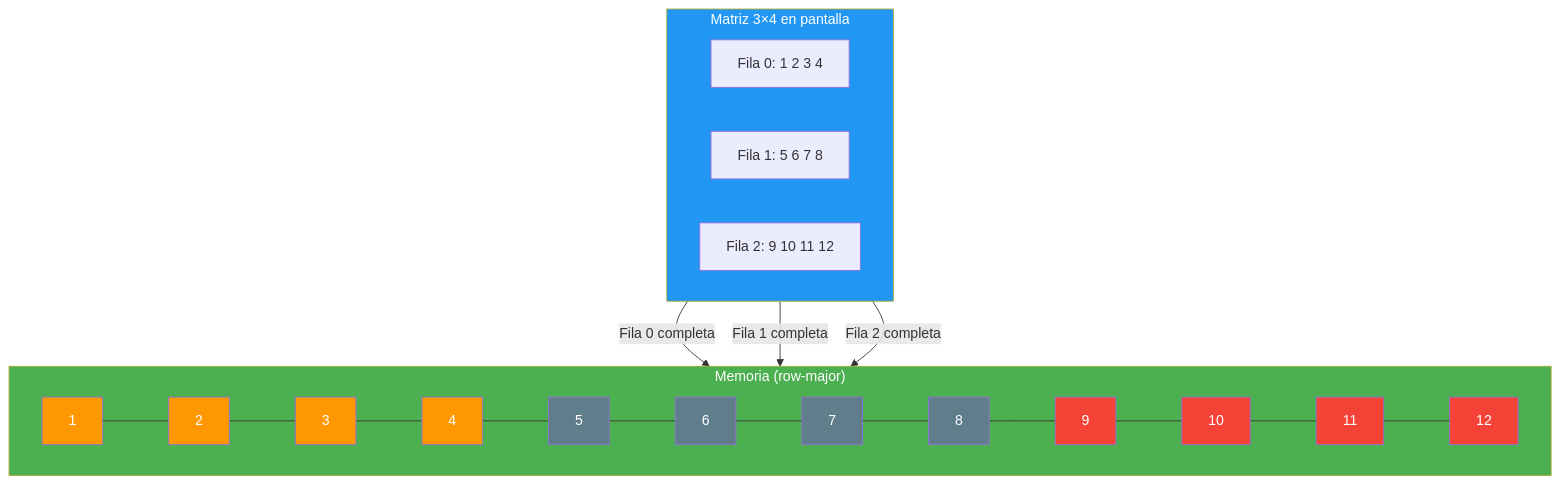
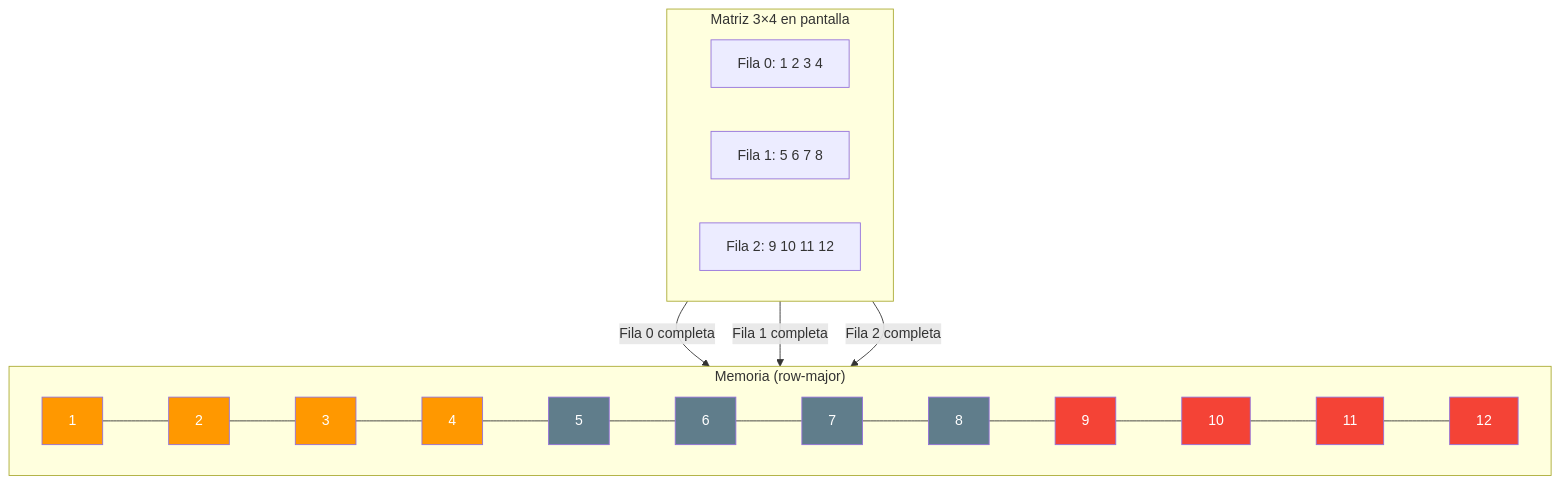
The third of 4 diagrams in 03-arrays-multidimensionales.md (joseluisgs/Programacion-03-2026-2027), drawn with Mermaid before and after one commit. The commit also changed other lines of this file and 2 other files, not shown here.

First line of the commit message:
docs: elimina los style de los subgraf de los diagramas Mermaid

````diff
--- a/03-arrays-multidimensionales.md
+++ b/03-arrays-multidimensionales.md
@@ -381,30 +379,28 @@
 ```mermaid
 graph TB
     subgraph MATRIZ ["Matriz 3×4 en pantalla"]
         direction LR
         R0["Fila 0: 1  2  3  4"]
         R1["Fila 1: 5  6  7  8"]
         R2["Fila 2: 9 10 11 12"]
     end
     subgraph MEMORIA ["Memoria (row-major)"]
         direction LR
         M0["1"] --- M1["2"] --- M2["3"] --- M3["4"] --- M4["5"] --- M5["6"] --- M6["7"] --- M7["8"] --- M8["9"] --- M9["10"] --- M10["11"] --- M11["12"]
     end
     R0 -->|"Fila 0 completa"| M0
     R1 -->|"Fila 1 completa"| M4
     R2 -->|"Fila 2 completa"| M8
-    style MATRIZ fill:#2196F3,color:#fff
-    style MEMORIA fill:#4CAF50,color:#fff
     style M0 fill:#FF9800,color:#fff
     style M1 fill:#FF9800,color:#fff
     style M2 fill:#FF9800,color:#fff
     style M3 fill:#FF9800,color:#fff
     style M4 fill:#607D8B,color:#fff
     style M5 fill:#607D8B,color:#fff
     style M6 fill:#607D8B,color:#fff
     style M7 fill:#607D8B,color:#fff
     style M8 fill:#f44336,color:#fff
     style M9 fill:#f44336,color:#fff
     style M10 fill:#f44336,color:#fff
     style M11 fill:#f44336,color:#fff
 ```
````
